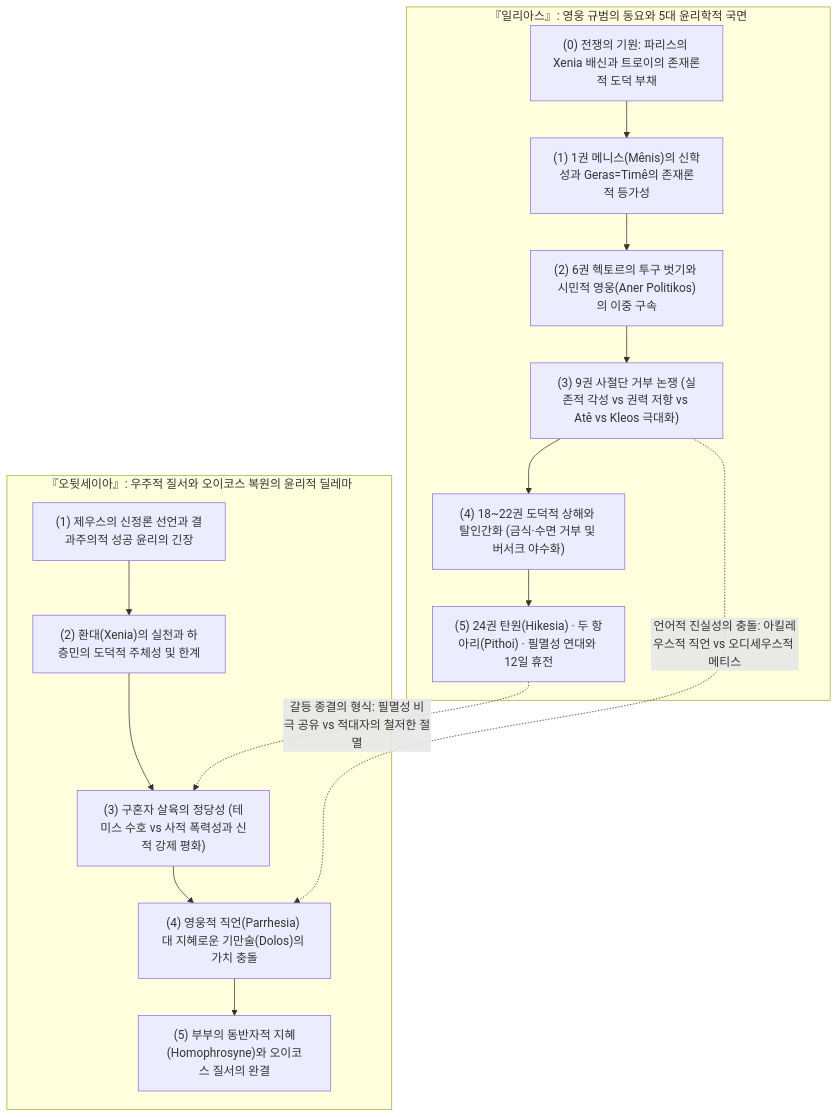
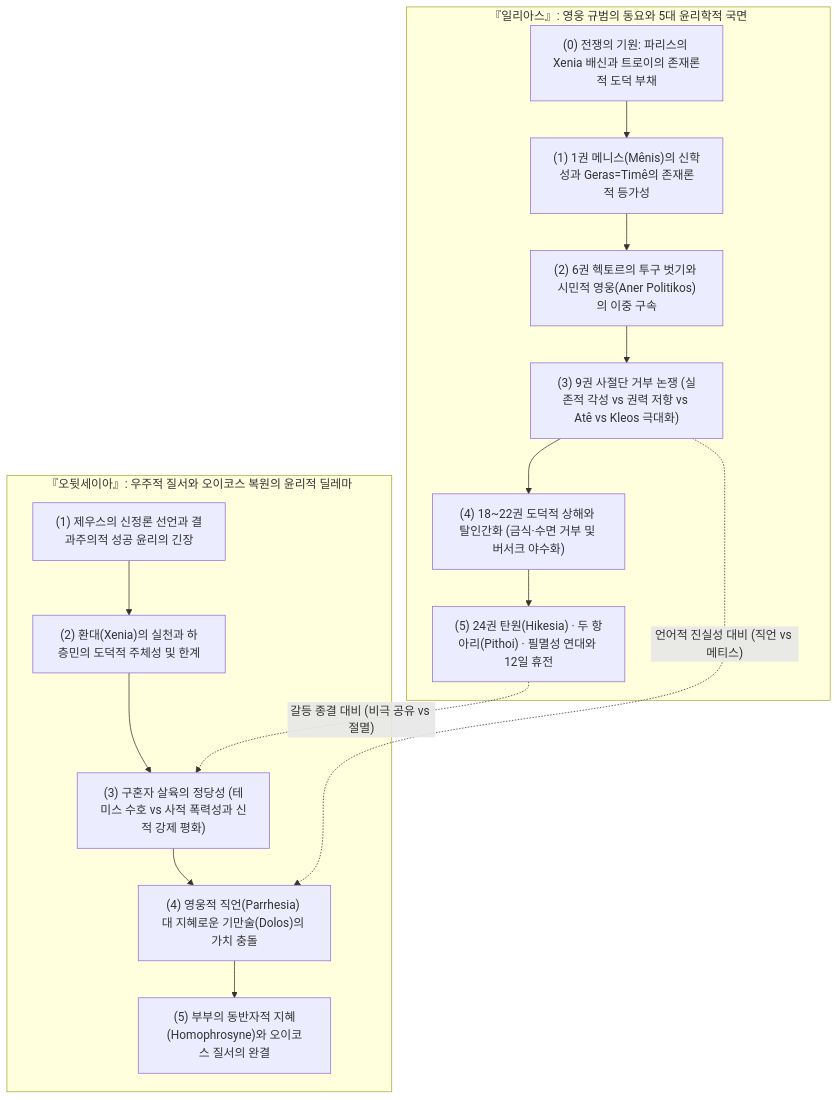
One commit to YgHnSIM/Homer_wiki changed the first of 4 diagrams in wiki/analyses/analysis-homeric-ethics-literature-review.md. Above: the diagram before and after it, drawn with Mermaid. The commit also changed other lines of this file and 5 other files, not shown here.

First line of the commit message:
fix(meta): 볼트 전역 Mermaid 다이어그램 겹침 및 간섭 일괄 최적화

````diff
--- a/wiki/analyses/analysis-homeric-ethics-literature-review.md
+++ b/wiki/analyses/analysis-homeric-ethics-literature-review.md
@@ -83,24 +83,24 @@
 ```mermaid
 graph TD
     subgraph "『일리아스』: 영웅 규범의 동요와 5대 윤리학적 국면"
         I0["(0) 전쟁의 기원: 파리스의 Xenia 배신과 트로이의 존재론적 도덕 부채"]
         I1["(1) 1권 메니스(Mênis)의 신학성과 Geras=Timê의 존재론적 등가성"]
         I2["(2) 6권 헥토르의 투구 벗기와 시민적 영웅(Aner Politikos)의 이중 구속"]
         I3["(3) 9권 사절단 거부 논쟁 (실존적 각성 vs 권력 저항 vs Atê vs Kleos 극대화)"]
         I4["(4) 18~22권 도덕적 상해와 탈인간화 (금식·수면 거부 및 버서크 야수화)"]
         I5["(5) 24권 탄원(Hikesia) · 두 항아리(Pithoi) · 필멸성 연대와 12일 휴전"]
         I0 --> I1 --> I2 --> I3 --> I4 --> I5
     end
 
     subgraph "『오뒷세이아』: 우주적 질서와 오이코스 복원의 윤리적 딜레마"
         O1["(1) 제우스의 신정론 선언과 결과주의적 성공 윤리의 긴장"]
         O2["(2) 환대(Xenia)의 실천과 하층민의 도덕적 주체성 및 한계"]
         O3["(3) 구혼자 살육의 정당성 (테미스 수호 vs 사적 폭력성과 신적 강제 평화)"]
         O4["(4) 영웅적 직언(Parrhesia) 대 지혜로운 기만술(Dolos)의 가치 충돌"]
         O5["(5) 부부의 동반자적 지혜(Homophrosyne)와 오이코스 질서의 완결"]
         O1 --> O2 --> O3 --> O4 --> O5
     end
 
-    I3 -.->|언어적 진실성의 충돌: 아킬레우스적 직언 vs 오디세우스적 메티스| O4
-    I5 -.->|갈등 종결의 형식: 필멸성 비극 공유 vs 적대자의 철저한 절멸| O3
+    I3 -.->|"언어적 진실성 대비 (직언 vs 메티스)"| O4
+    I5 -.->|"갈등 종결 대비 (비극 공유 vs 절멸)"| O3
 ```
````
